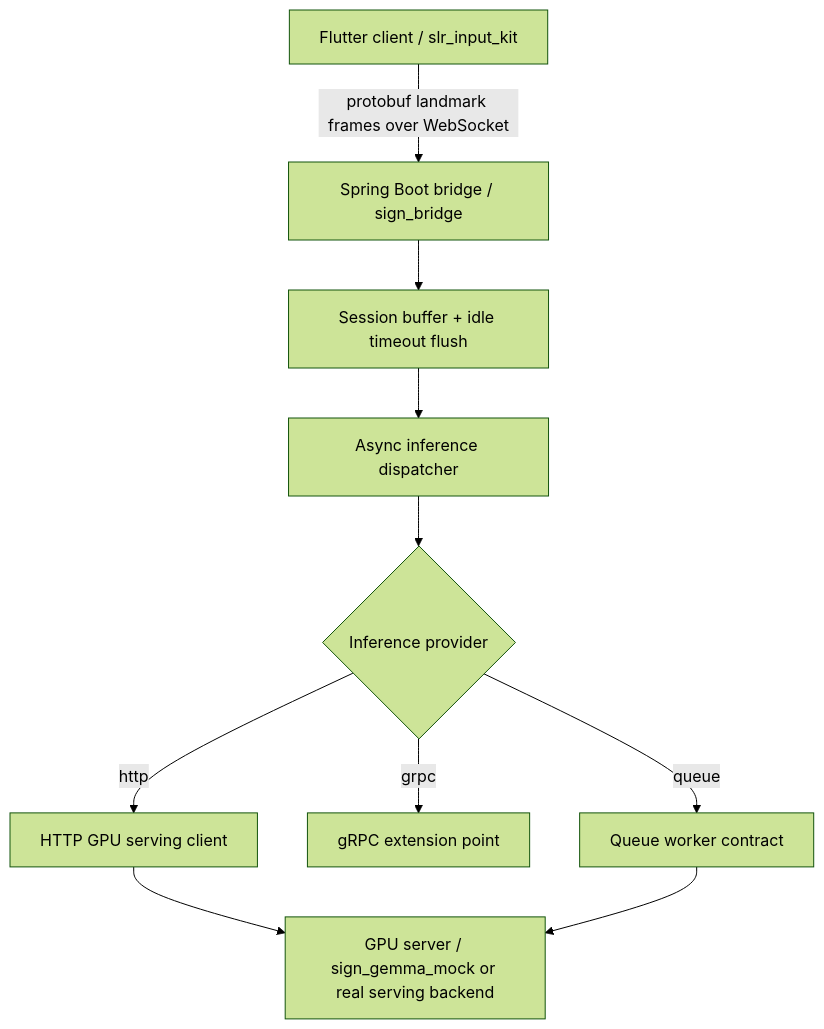
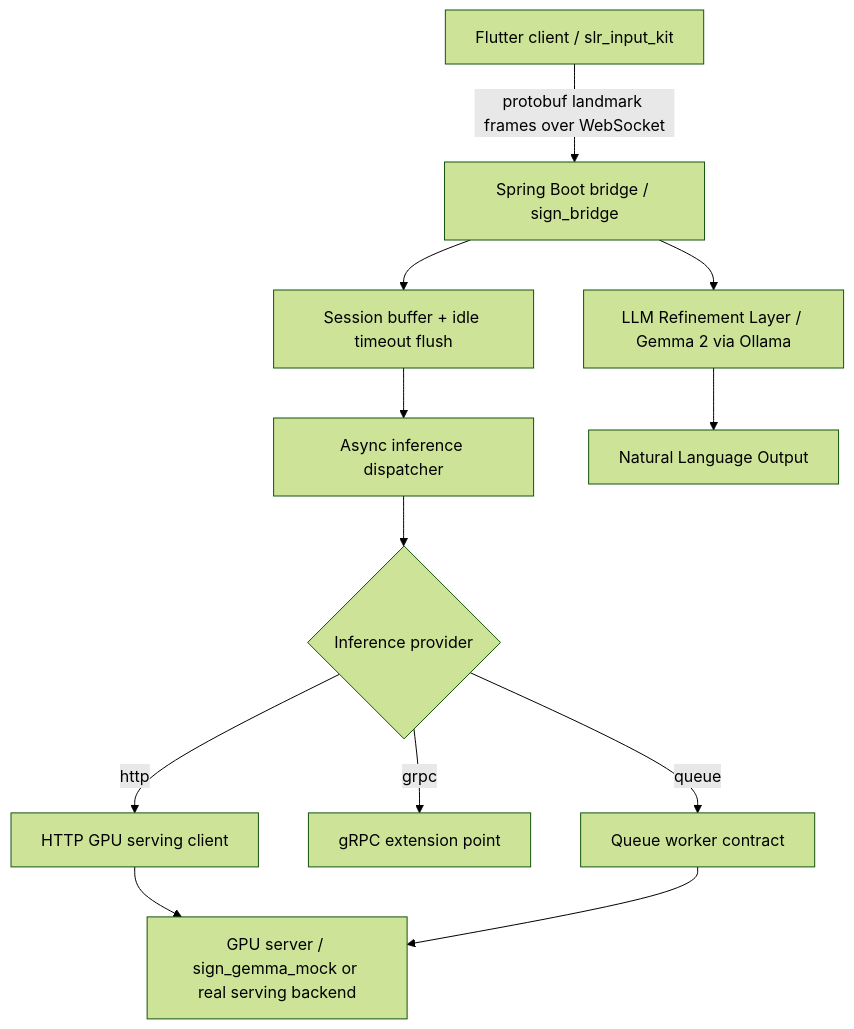
Before and after one commit to clevekim00/mj_sign: the diagram in README.md, drawn with Mermaid (forest theme). The commit also changed other lines of this file and 122 other files, not shown here.

````diff
--- a/README.md
+++ b/README.md
@@ -15,12 +16,14 @@
 ```mermaid
 graph TD
     A["Flutter client / slr_input_kit"] -->|"protobuf landmark frames over WebSocket"| B["Spring Boot bridge / sign_bridge"]
     B --> C["Session buffer + idle timeout flush"]
     C --> D["Async inference dispatcher"]
     D --> E{"Inference provider"}
     E -->|"http"| F["HTTP GPU serving client"]
     E -->|"grpc"| G["gRPC extension point"]
     E -->|"queue"| H["Queue worker contract"]
     F --> I["GPU server / sign_gemma_mock or real serving backend"]
     H --> I
+    B --> J["LLM Refinement Layer / Gemma 2 via Ollama"]
+    J --> K["Natural Language Output"]
 ```
````
